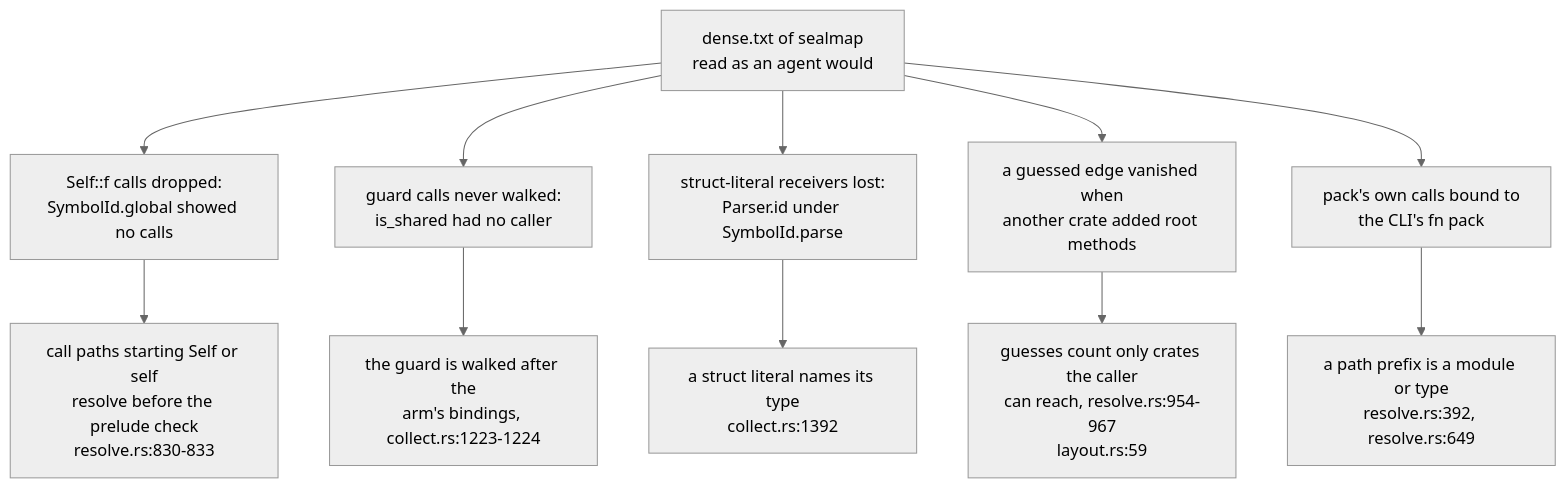
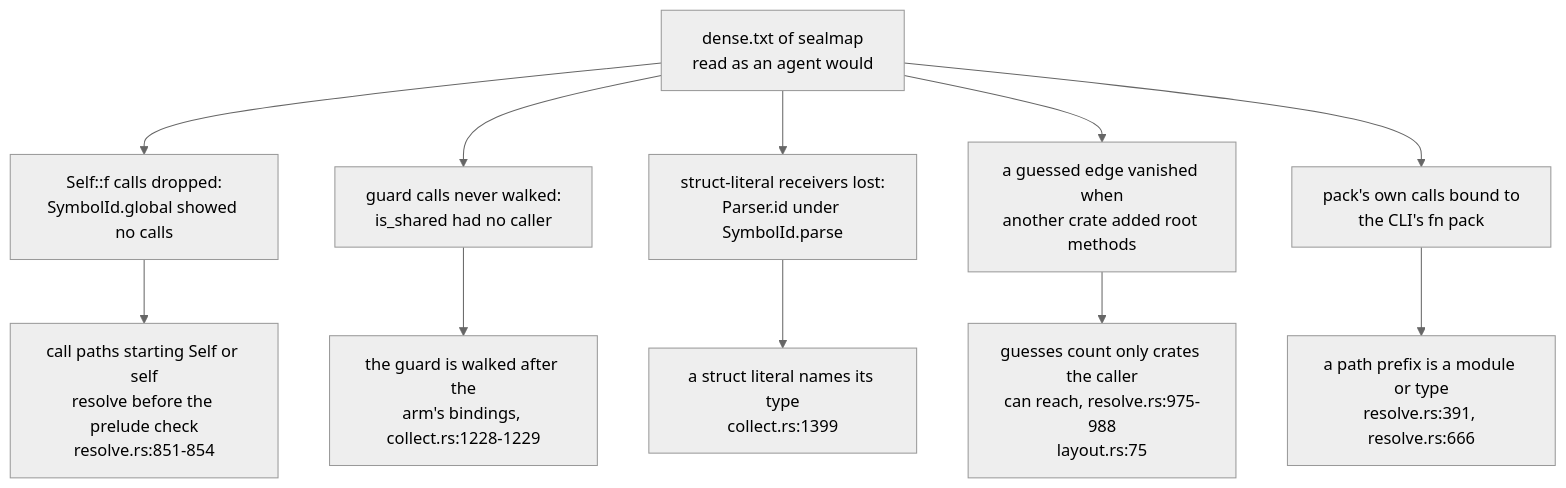
The sixth of 6 diagrams in docs/diagrams/dense/01-the-dense-agent-projection.md (DreamLab-AI/codemaid), drawn with Mermaid (neutral theme) before and after one commit. The commit also changed other lines of this file and 21 other files, not shown here.

````diff
--- a/docs/diagrams/dense/01-the-dense-agent-projection.md
+++ b/docs/diagrams/dense/01-the-dense-agent-projection.md
@@ -277,19 +277,19 @@
 ```mermaid
 flowchart TB
     R["dense.txt of sealmap<br/>read as an agent would"]
     S["Self::f calls dropped:<br/>SymbolId.global showed no calls"]
-    SF["call paths starting Self or self<br/>resolve before the prelude check<br/>resolve.rs:830-833"]
+    SF["call paths starting Self or self<br/>resolve before the prelude check<br/>resolve.rs:851-854"]
     G["guard calls never walked:<br/>is_shared had no caller"]
-    GF["the guard is walked after the<br/>arm's bindings, collect.rs:1223-1224"]
+    GF["the guard is walked after the<br/>arm's bindings, collect.rs:1228-1229"]
     L["struct-literal receivers lost:<br/>Parser.id under SymbolId.parse"]
-    LF["a struct literal names its type<br/>collect.rs:1392"]
+    LF["a struct literal names its type<br/>collect.rs:1399"]
     N["a guessed edge vanished when<br/>another crate added root methods"]
-    NF["guesses count only crates the caller<br/>can reach, resolve.rs:954-967<br/>layout.rs:59"]
+    NF["guesses count only crates the caller<br/>can reach, resolve.rs:975-988<br/>layout.rs:75"]
     P["pack's own calls bound to<br/>the CLI's fn pack"]
-    PF["a path prefix is a module or type<br/>resolve.rs:392, resolve.rs:649"]
+    PF["a path prefix is a module or type<br/>resolve.rs:391, resolve.rs:666"]
     R --> S --> SF
     R --> G --> GF
     R --> L --> LF
     R --> N --> NF
     R --> P --> PF
 ```
````
